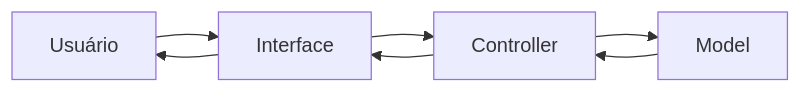
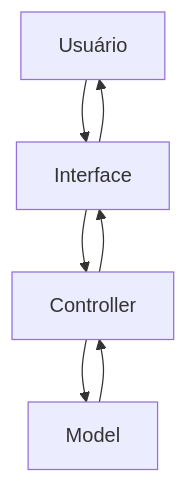
Before and after one commit to Muski360/frontend: the first of 4 diagrams in POO_JavaScript/SASistemaGestãoQuitanda/README.md, drawn with Mermaid. The commit also changed other lines of this file and 6 other files, not shown here.

````diff
--- a/POO_JavaScript/SASistemaGestãoQuitanda/README.md
+++ b/POO_JavaScript/SASistemaGestãoQuitanda/README.md
@@ -82,12 +78,9 @@
 ```mermaid
-
-flowchart LR
-
+flowchart TD
     Usuário --> Interface
     Interface --> Controller
     Controller --> Model
     Model --> Controller
     Controller --> Interface
     Interface --> Usuário
-
 ```
````
